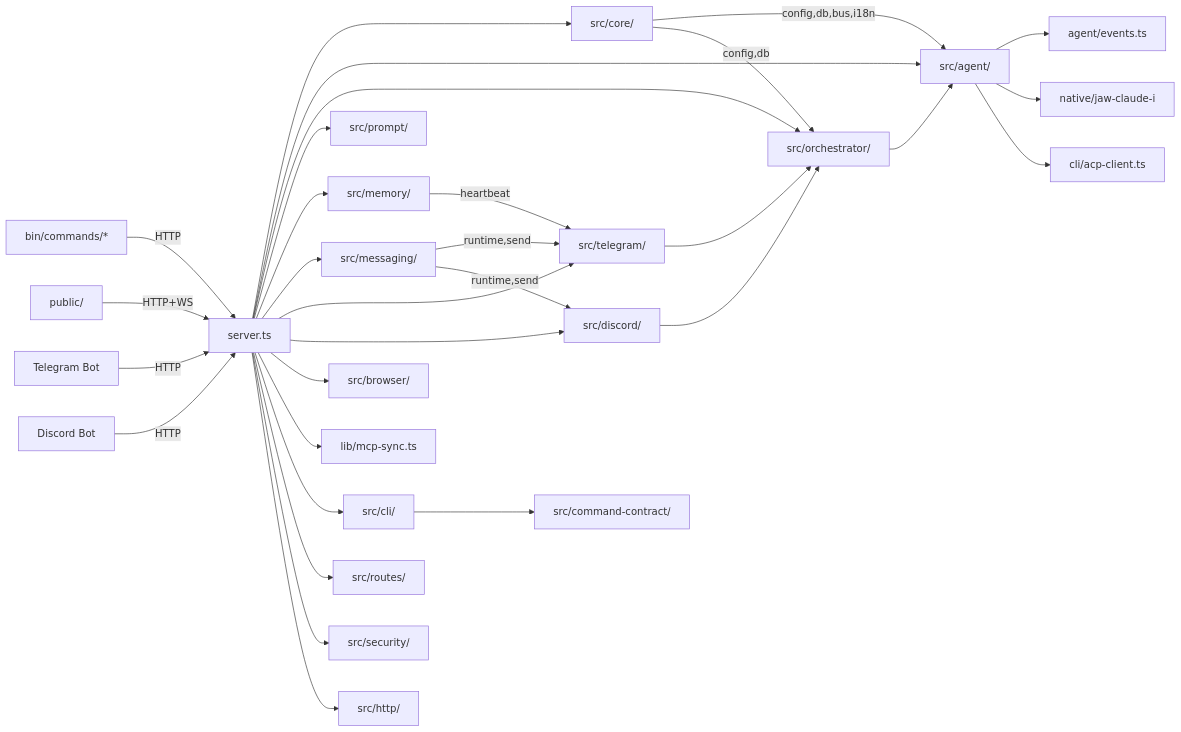
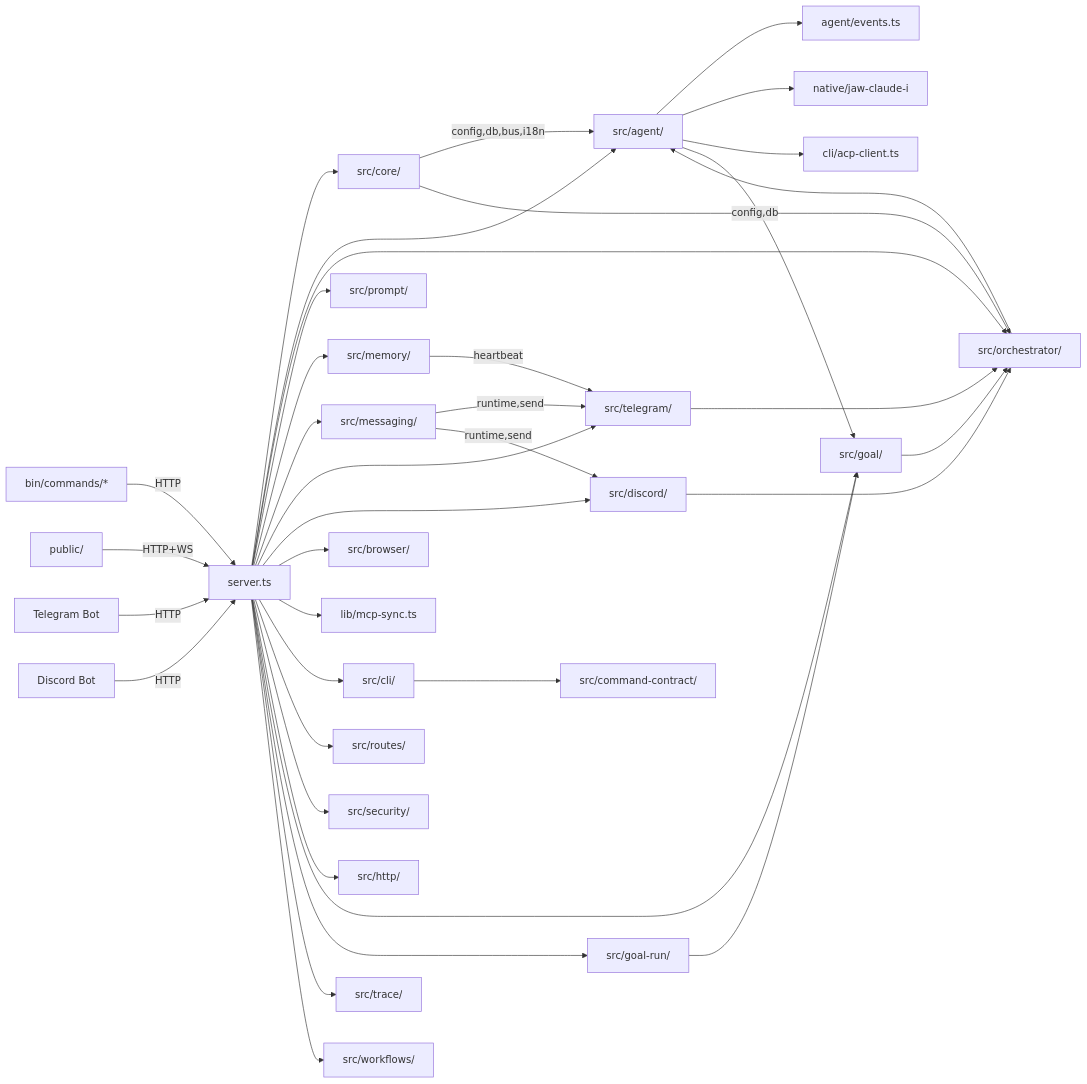
One commit to HSKIMRobert/cli-jaw changed the diagram in structure/str_func.md. Above: the diagram before and after it, drawn with Mermaid. The commit also changed other lines of this file and 28 other files, not shown here.

````diff
--- a/structure/str_func.md
+++ b/structure/str_func.md
@@ -574,33 +618,40 @@
 ```mermaid
 graph LR
     CLI["bin/commands/*"] -->|HTTP| SRV["server.ts"]
     WEB["public/"] -->|HTTP+WS| SRV
     TG["Telegram Bot"] -->|HTTP| SRV
     DC["Discord Bot"] -->|HTTP| SRV
     SRV --> CORE["src/core/"]
     SRV --> AGT["src/agent/"]
     SRV --> ORC["src/orchestrator/"]
     SRV --> PRM["src/prompt/"]
     SRV --> MEM["src/memory/"]
     SRV --> MSG["src/messaging/"]
     SRV --> TGMOD["src/telegram/"]
     SRV --> DCMOD["src/discord/"]
     SRV --> BR["src/browser/"]
     SRV --> MCP["lib/mcp-sync.ts"]
     SRV --> CMD["src/cli/"]
     SRV --> RT["src/routes/"]
     SRV --> SEC["src/security/"]
     SRV --> HTTP["src/http/"]
+    SRV --> GOAL["src/goal/"]
+    SRV --> GOALRUN["src/goal-run/"]
+    SRV --> TRACE["src/trace/"]
+    SRV --> WF["src/workflows/"]
     CMD --> CC["src/command-contract/"]
     CORE --> |config,db,bus,i18n| AGT
     CORE --> |config,db| ORC
     AGT --> EVT["agent/events.ts"]
     AGT --> NATIVE["native/jaw-claude-i"]
     AGT --> ACP["cli/acp-client.ts"]
+    AGT --> GOAL
     ORC --> AGT
+    GOAL --> ORC
+    GOALRUN --> GOAL
     TGMOD --> ORC
     DCMOD --> ORC
     MSG --> |runtime,send| TGMOD
     MSG --> |runtime,send| DCMOD
     MEM --> |heartbeat| TGMOD
 ```
````
